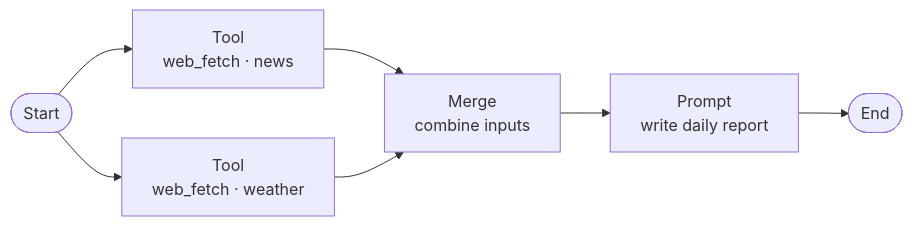
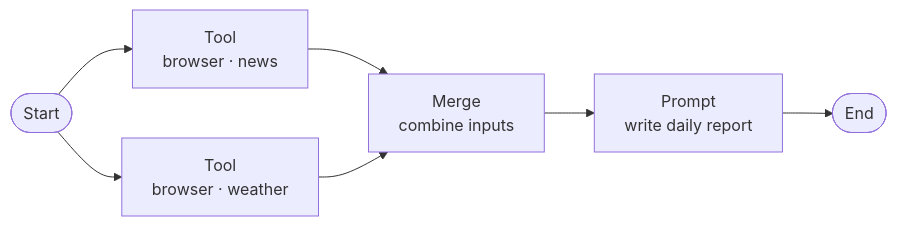
One commit to Adhishtanaka/adhd changed the fifth of 5 diagrams in README.md. Above: the diagram before and after it, drawn with Mermaid. The commit also changed other lines of this file and 10 other files, not shown here.

Commit message:
feat: integrate browser tool for enhanced web interactions and migrate from web_fetch

````diff
--- a/README.md
+++ b/README.md
@@ -197,9 +202,9 @@
 ```mermaid
 flowchart LR
-  s(["Start"]) --> a["Tool<br/>web_fetch · news"]
-  s --> b["Tool<br/>web_fetch · weather"]
+  s(["Start"]) --> a["Tool<br/>browser · news"]
+  s --> b["Tool<br/>browser · weather"]
   a --> m["Merge<br/>combine inputs"]
   b --> m
   m --> p["Prompt<br/>write daily report"]
   p --> e(["End"])
 ```
````
